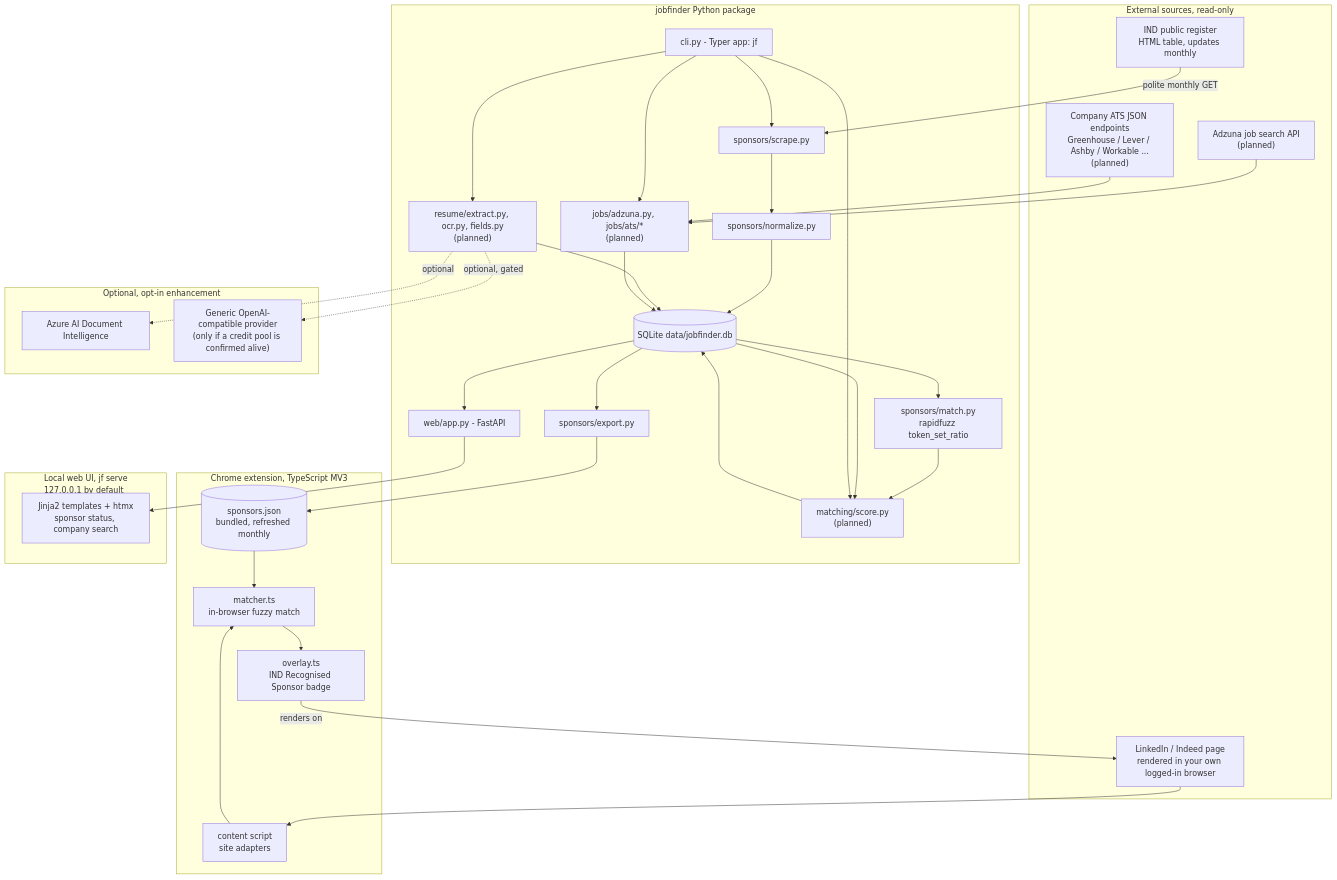
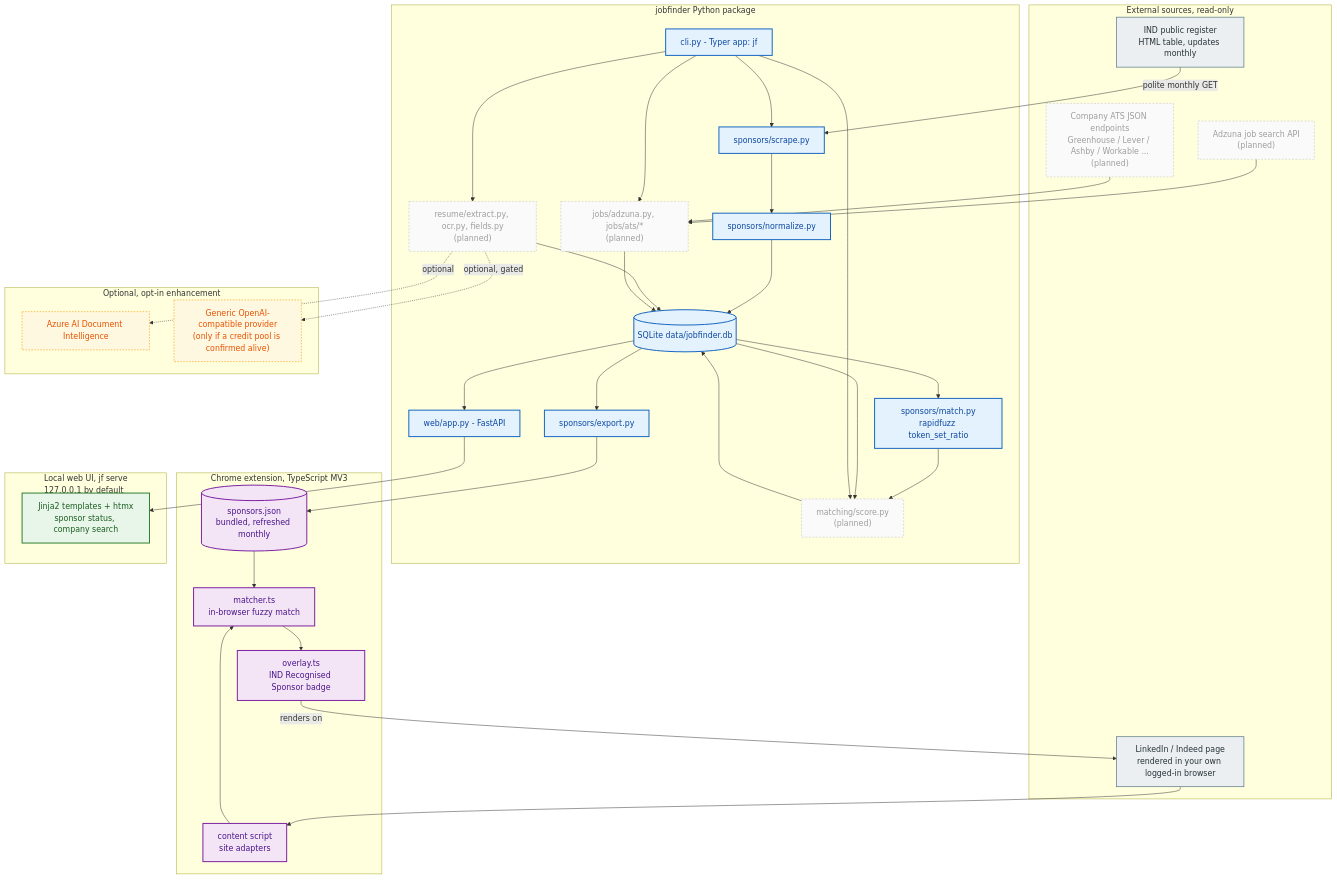
Before and after one commit to adam-bouafia/JobFinder: the first of 2 diagrams in README.md, drawn with Mermaid. The commit also changed other lines of this file and 1 other file, not shown here.

Commit message:
docs: add color styling to both Mermaid diagrams
classDef/class per layer (core, extension, web UI, external source,
optional enhancement) plus a distinct style for not-yet-built pieces, so
built-vs-planned is visible at a glance, not just in the text.

````diff
--- a/README.md
+++ b/README.md
@@ -19,61 +19,75 @@
 ```mermaid
 flowchart TB
     subgraph EXT_SRC["External sources, read-only"]
         IND["IND public register\nHTML table, updates monthly"]
         ADZUNA["Adzuna job search API\n(planned)"]
         ATSSRC["Company ATS JSON endpoints\nGreenhouse / Lever / Ashby / Workable ...\n(planned)"]
         PAGE["LinkedIn / Indeed page\nrendered in your own logged-in browser"]
     end
 
     subgraph CORE["jobfinder Python package"]
         SCRAPE["sponsors/scrape.py"]
         NORM["sponsors/normalize.py"]
         MATCH["sponsors/match.py\nrapidfuzz token_set_ratio"]
         EXPORT["sponsors/export.py"]
         DB[("SQLite data/jobfinder.db")]
         RESUME["resume/extract.py, ocr.py, fields.py\n(planned)"]
         JOBS["jobs/adzuna.py, jobs/ats/*\n(planned)"]
         SCORE["matching/score.py\n(planned)"]
         CLI["cli.py - Typer app: jf"]
         WEBAPP["web/app.py - FastAPI"]
     end
 
     subgraph ENH["Optional, opt-in enhancement"]
         DI["Azure AI Document Intelligence"]
         LLM["Generic OpenAI-compatible provider\n(only if a credit pool is confirmed alive)"]
     end
 
     subgraph EXT["Chrome extension, TypeScript MV3"]
         BUNDLE[("sponsors.json\nbundled, refreshed monthly")]
         CONTENT["content script\nsite adapters"]
         MATCHERTS["matcher.ts\nin-browser fuzzy match"]
         OVERLAY["overlay.ts\nIND Recognised Sponsor badge"]
     end
 
     subgraph WEB["Local web UI, jf serve\n127.0.0.1 by default"]
         TEMPLATES["Jinja2 templates + htmx\nsponsor status, company search"]
     end
 
     IND -->|"polite monthly GET"| SCRAPE
     SCRAPE --> NORM --> DB
     DB --> MATCH --> SCORE
     DB --> EXPORT --> BUNDLE
 
     RESUME --> DB
     RESUME -. optional .-> DI
     RESUME -. "optional, gated" .-> LLM
 
     ADZUNA --> JOBS
     ATSSRC --> JOBS
     JOBS --> DB --> SCORE --> DB
 
     CLI --> SCRAPE
     CLI --> RESUME
     CLI --> JOBS
     CLI --> SCORE
     DB --> WEBAPP --> TEMPLATES
 
     PAGE --> CONTENT --> MATCHERTS
     BUNDLE --> MATCHERTS
     MATCHERTS --> OVERLAY -->|renders on| PAGE
+
+    classDef source fill:#eceff1,stroke:#607d8b,stroke-width:1.5px,color:#263238
+    classDef core fill:#e3f2fd,stroke:#1565c0,stroke-width:2px,color:#0d47a1
+    classDef webui fill:#e8f5e9,stroke:#2e7d32,stroke-width:2px,color:#1b5e20
+    classDef extension fill:#f3e5f5,stroke:#7b1fa2,stroke-width:2px,color:#4a148c
+    classDef enhancement fill:#fff8e1,stroke:#f9a825,stroke-width:1.5px,stroke-dasharray:3 3,color:#e65100
+    classDef planned fill:#fafafa,stroke:#bdbdbd,stroke-width:1px,stroke-dasharray:4 3,color:#9e9e9e
+
+    class IND,PAGE source
+    class ADZUNA,ATSSRC,JOBS,RESUME,SCORE planned
+    class SCRAPE,NORM,MATCH,EXPORT,DB,CLI,WEBAPP core
+    class DI,LLM enhancement
+    class BUNDLE,CONTENT,MATCHERTS,OVERLAY extension
+    class TEMPLATES webui
 ```
````
